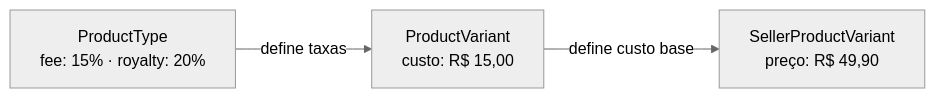
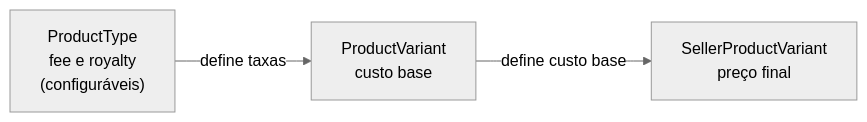
The diagram in docs/concepts/pricing.mdx (ken-okubo/labanana-docs), drawn with Mermaid (neutral theme) before and after one commit. The commit also changed other lines of this file and 47 other files, not shown here.

````diff
--- a/docs/concepts/pricing.mdx
+++ b/docs/concepts/pricing.mdx
@@ -14,9 +14,9 @@
 ```mermaid
 graph LR
-    PT["ProductType\nfee: 15% · royalty: 20%"]
-    PV["ProductVariant\ncusto: R$ 15,00"]
-    SPV["SellerProductVariant\npreço: R$ 49,90"]
+    PT["ProductType\nfee e royalty\n(configuráveis)"]
+    PV["ProductVariant\ncusto base"]
+    SPV["SellerProductVariant\npreço final"]
 
     PT -->|define taxas| PV
     PV -->|define custo base| SPV
 ```
````
